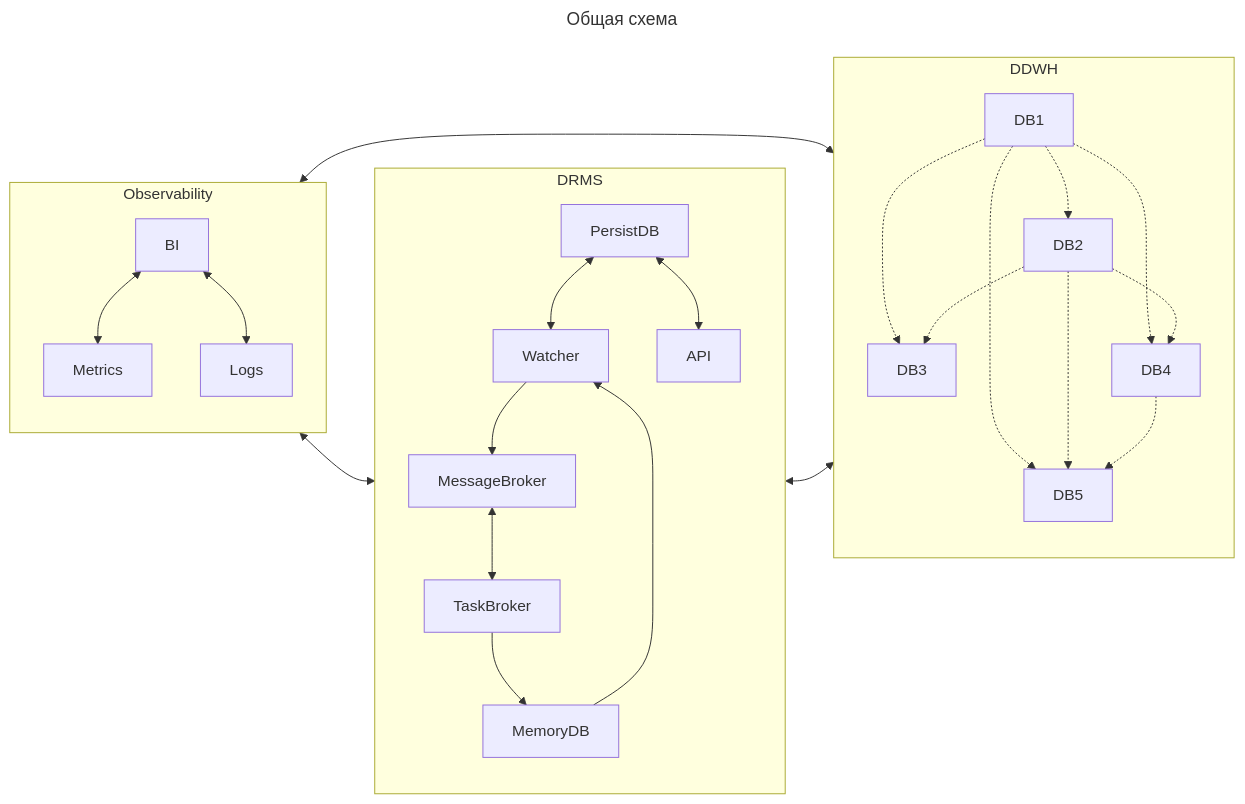
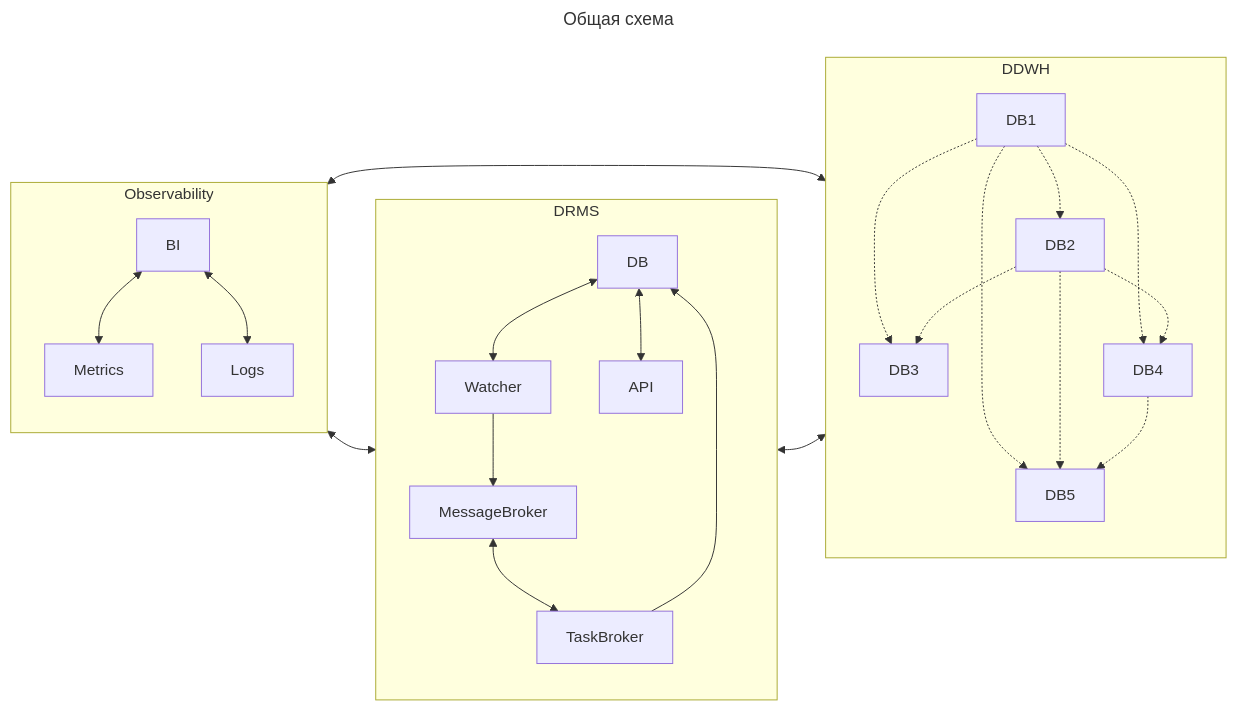
The first of 3 diagrams in project/README.md (minkovso/OtusHA), drawn with Mermaid before and after one commit. The commit also changed other lines of this file, not shown here.

````diff
--- a/project/README.md
+++ b/project/README.md
@@ -9,20 +9,20 @@
 ```mermaid
 ---
 title: Общая схема
 ---
 flowchart LR
     subgraph DRMS
-        PersistDB <--> Watcher & API
-        Watcher --> MessageBroker <--> TaskBroker --> MemoryDB --> Watcher
+        DB <--> Watcher & API
+        Watcher --> MessageBroker <--> TaskBroker --> DB
     end
     subgraph DDWH
         DB1 -.-> DB2 & DB3 & DB4 & DB5
         DB2 -.-> DB3 & DB4 & DB5
         DB4 -.-> DB5
     end
     subgraph Observability
         BI <--> Metrics & Logs
     end
     Observability <--> DRMS & DDWH
     DRMS <--> DDWH
 ```
````
